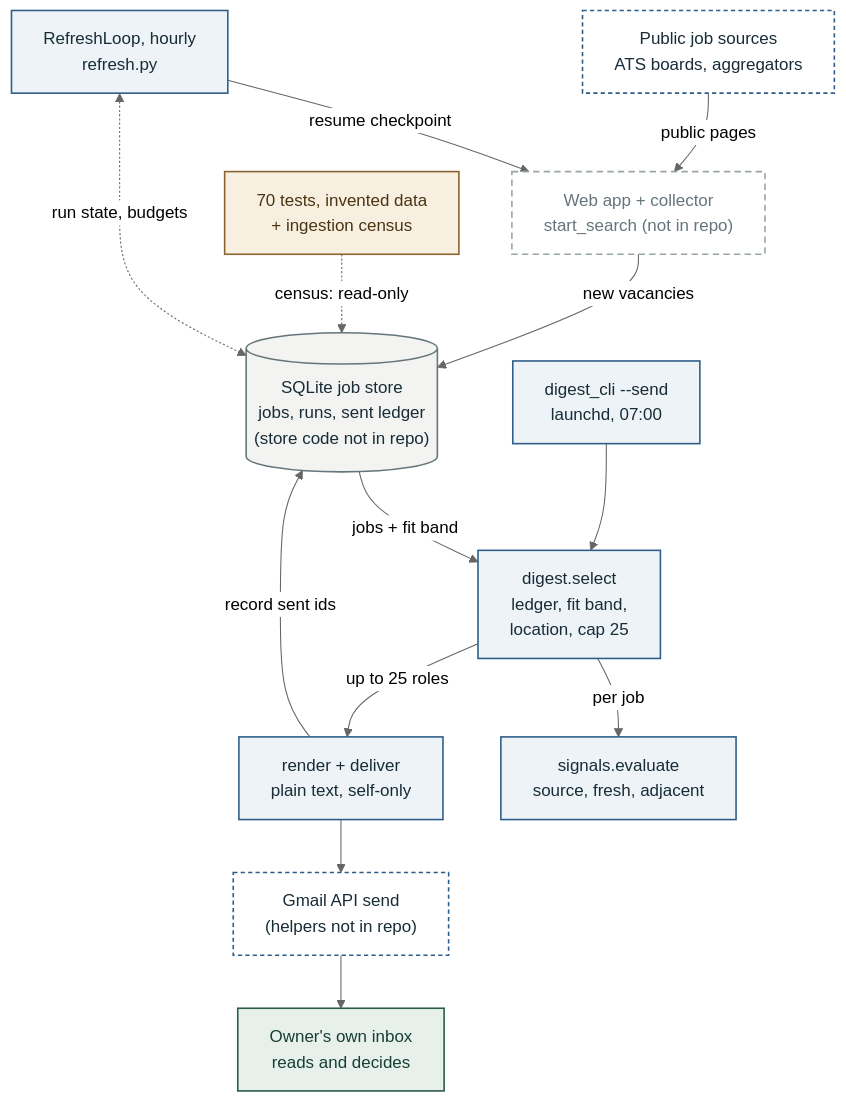
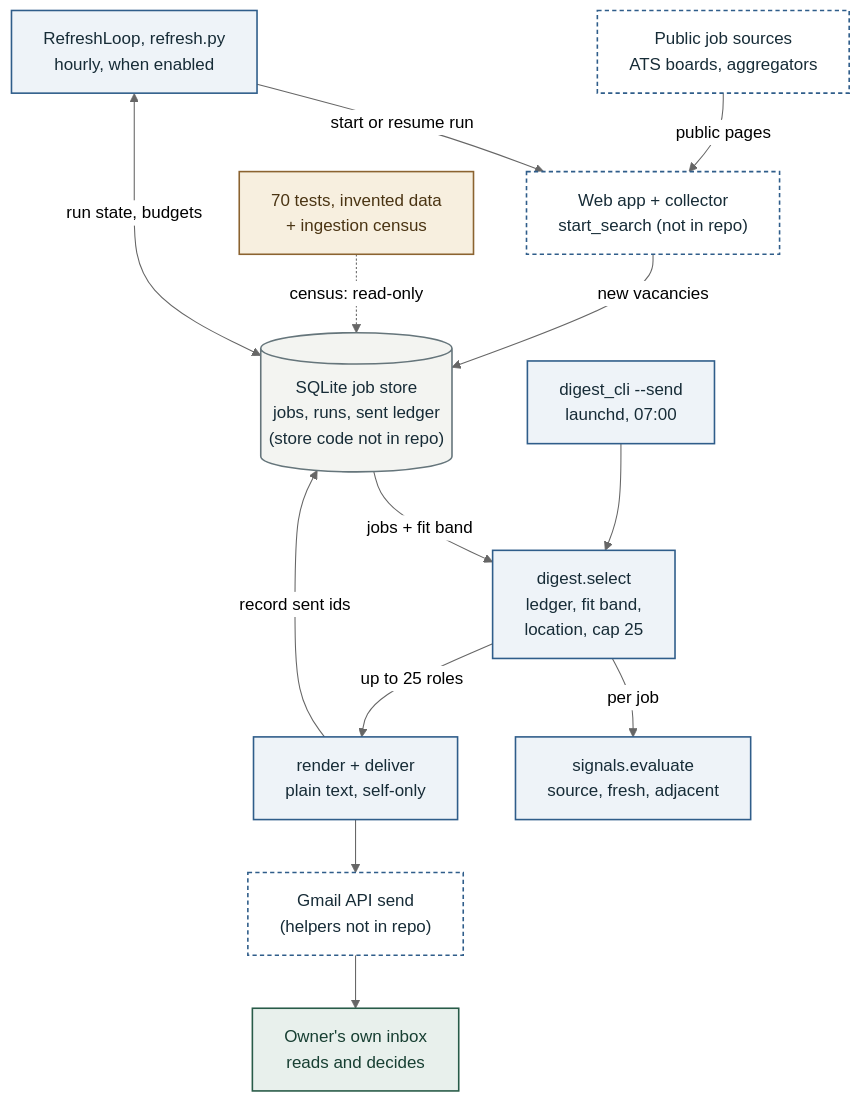
The diagram in docs/architecture.mmd (retinapeg/before-coffee), drawn with Mermaid (neutral theme) before and after one commit. The commit also changed 2 other files, not shown here.

Commit message:
docs: correct refresh-loop wording and collector node style

```diff
--- a/docs/architecture.mmd
+++ b/docs/architecture.mmd
@@ -1,36 +1,36 @@
 %% Architecture of before-coffee at commit 6fb1d46a205d4127ada1a03bbdea2d3c423a311e
 %% Sources: src/careerops/refresh.py, src/careerops/digest_cli.py, src/careerops/digest.py, src/careerops/signals.py, src/careerops/digest_delivery.py, scripts/install_digest_schedule.sh, scripts/reauthorise_gmail.py, scripts/digest_ingestion_census.py, tests/test_digest.py, tests/test_refresh_and_signals.py
 %% Render: npx @mermaid-js/mermaid-cli -i docs/architecture.mmd -o docs/images/architecture.svg -b white
 flowchart TD
     boards["Public job sources<br/>ATS boards, aggregators"]:::ext
-    loop["RefreshLoop, hourly<br/>refresh.py"]:::det
-    collector["Web app + collector<br/>start_search (not in repo)"]:::mock
+    loop["RefreshLoop, refresh.py<br/>hourly, when enabled"]:::det
+    collector["Web app + collector<br/>start_search (not in repo)"]:::ext
     checks["70 tests, invented data<br/>+ ingestion census"]:::eval
     store[("SQLite job store<br/>jobs, runs, sent ledger<br/>(store code not in repo)")]:::store
     cli["digest_cli --send<br/>launchd, 07:00"]:::det
     select["digest.select<br/>ledger, fit band,<br/>location, cap 25"]:::det
     sig["signals.evaluate<br/>source, fresh, adjacent"]:::det
     deliver["render + deliver<br/>plain text, self-only"]:::det
     gmail["Gmail API send<br/>(helpers not in repo)"]:::ext
     owner["Owner's own inbox<br/>reads and decides"]:::human
 
     boards -->|"public pages"| collector
-    loop -->|"resume checkpoint"| collector
-    loop <-.->|"run state, budgets"| store
+    loop -->|"start or resume run"| collector
+    loop <-->|"run state, budgets"| store
     collector -->|"new vacancies"| store
     checks -.->|"census: read-only"| store
     store -->|"jobs + fit band"| select
     cli --> select
     select -->|"per job"| sig
     select -->|"up to 25 roles"| deliver
     deliver -->|"record sent ids"| store
     deliver --> gmail
     gmail --> owner
 
     classDef ai fill:#efe7fb,stroke:#6a4c93,stroke-width:2px,color:#2b1d45;
     classDef det fill:#eef3f8,stroke:#2f5d8a,stroke-width:1.5px,color:#172c37;
     classDef human fill:#e8f0ec,stroke:#285b48,stroke-width:1.5px,color:#173f32;
     classDef eval fill:#f7efdf,stroke:#8b6330,stroke-width:1.5px,color:#4a3413;
     classDef store fill:#f3f4f1,stroke:#65757b,stroke-width:1.5px,color:#172c37;
     classDef ext fill:#ffffff,stroke:#2f5d8a,stroke-width:1.5px,stroke-dasharray:4 3,color:#172c37;
     classDef mock fill:#ffffff,stroke:#9aa5a8,stroke-width:1.5px,stroke-dasharray:6 4,color:#65757b;
```
